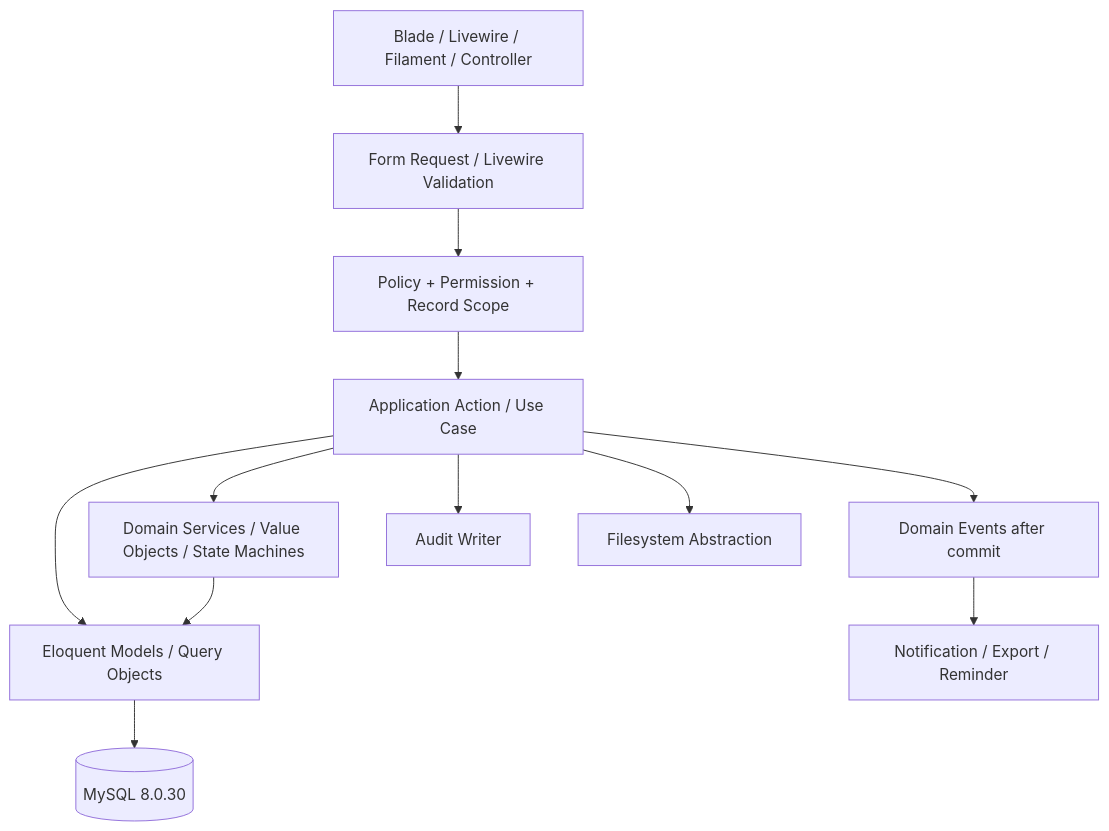
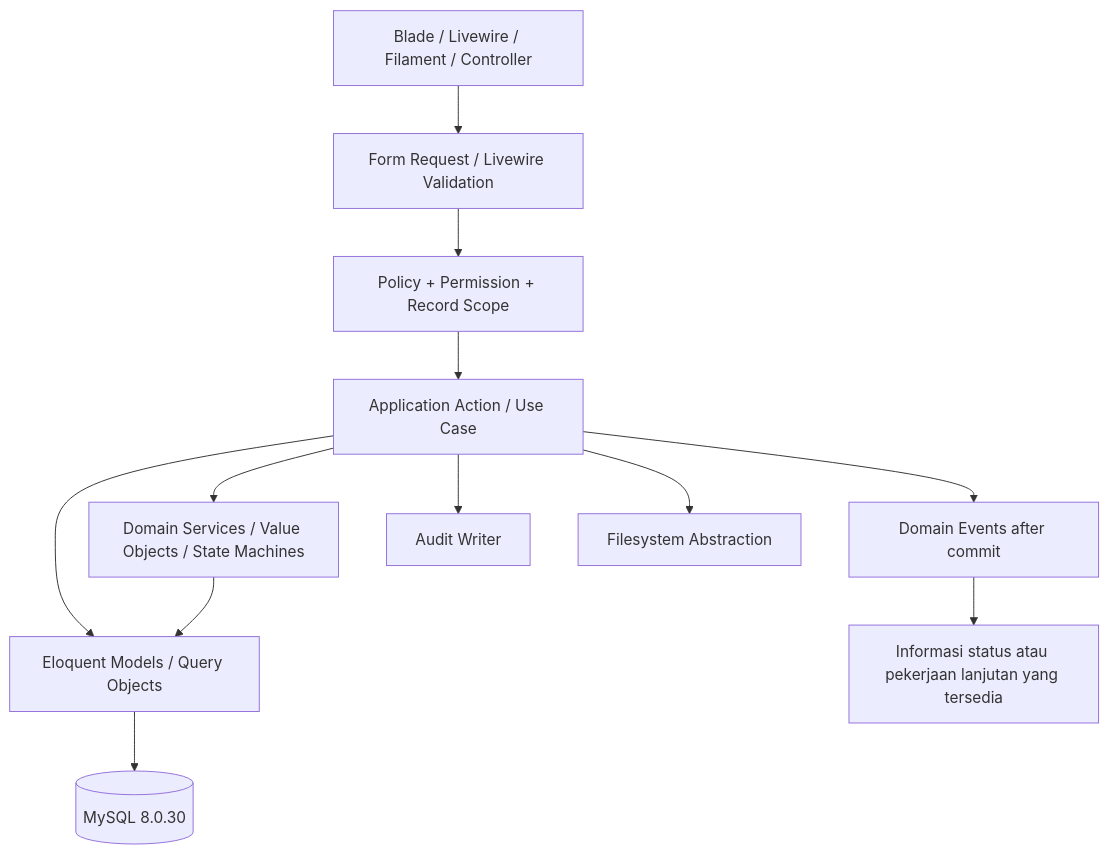
Before and after one commit to Faizpi/bank-sampah: the second of 3 diagrams in docs/ARCHITECTURE.md, drawn with Mermaid. The commit also changed other lines of this file and 200 other files, not shown here.

````diff
--- a/docs/ARCHITECTURE.md
+++ b/docs/ARCHITECTURE.md
@@ -116,14 +114,14 @@
 ```mermaid
 flowchart TD
     UI[Blade / Livewire / Filament / Controller] --> Request[Form Request / Livewire Validation]
     Request --> Policy[Policy + Permission + Record Scope]
     Policy --> Action[Application Action / Use Case]
     Action --> Domain[Domain Services / Value Objects / State Machines]
     Action --> Models[Eloquent Models / Query Objects]
     Domain --> Models
     Models --> DB[(MySQL 8.0.30)]
     Action --> Events[Domain Events after commit]
-    Events --> Notifications[Notification / Export / Reminder]
+    Events --> FollowUp[Informasi status atau pekerjaan lanjutan yang tersedia]
     Action --> Audit[Audit Writer]
     Action --> Storage[Filesystem Abstraction]
 ```
````
